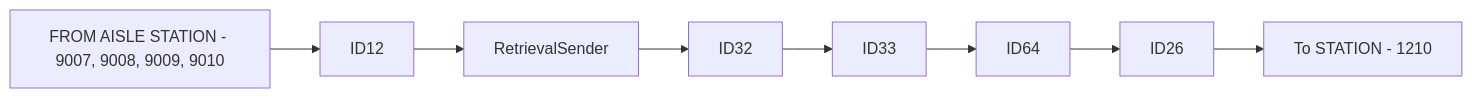
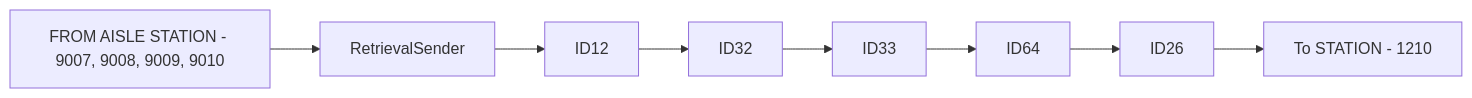
Before and after one commit to luthfiadityaa/SimeDarby-Wiki: the second of 15 diagrams in Basic-Design/DFD-WMS/Retrieval/Stacked-Empty-Pallet.md, drawn with Mermaid.

Commit message:
Updated Stacked Empty Pallet

```diff
--- a/Basic-Design/DFD-WMS/Retrieval/Stacked-Empty-Pallet.md
+++ b/Basic-Design/DFD-WMS/Retrieval/Stacked-Empty-Pallet.md
@@ -17,5 +17,5 @@
 ::: mermaid
 flowchart LR
   
-P1[FROM AISLE STATION - 9007, 9008, 9009, 9010]-->P41[ID12]-->P4[RetrievalSender]-->P5[ID32]-->P6[ID33]-->P7[ID64]-->P9[ID26]-->P10[To STATION - 1210] 
+P1[FROM AISLE STATION - 9007, 9008, 9009, 9010]-->P4[RetrievalSender]-->P41[ID12]-->P5[ID32]-->P6[ID33]-->P7[ID64]-->P9[ID26]-->P10[To STATION - 1210] 
 :::
```
